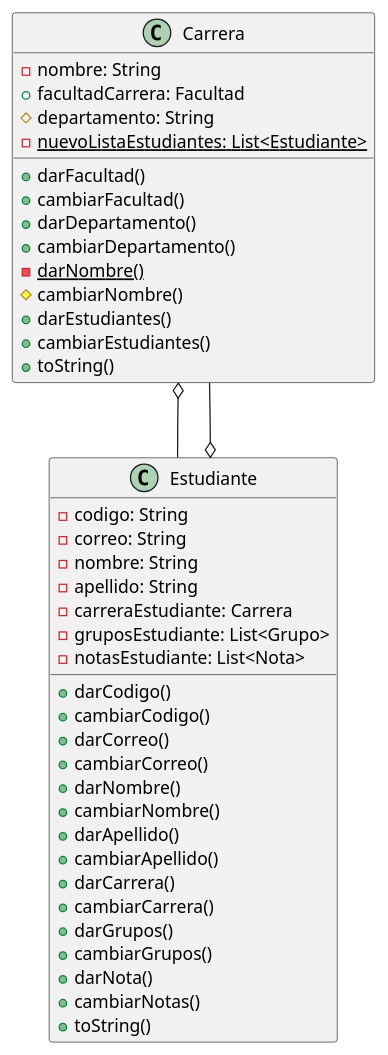
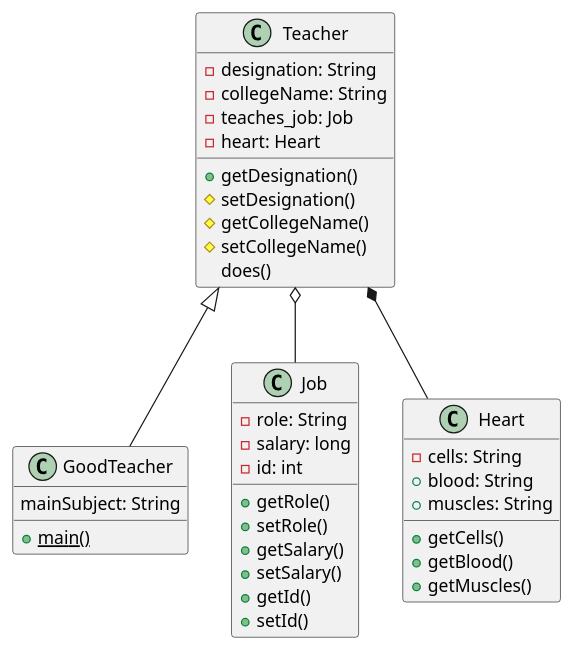
The diagram in Java-documentator/Documentation/Class_diagram.puml (afmoyar/Java-Documentator), drawn with PlantUML before and after one commit. The commit also changed 5 other files, not shown here.

```diff
--- a/Java-documentator/Documentation/Class_diagram.puml
+++ b/Java-documentator/Documentation/Class_diagram.puml
@@ -1,43 +1,39 @@
 @startuml
-class Carrera{
-	-nombre: String
-	+facultadCarrera: Facultad
-	#departamento: String
-	-{static}nuevoListaEstudiantes: List<Estudiante>
-	+darFacultad()
-	+cambiarFacultad()
-	+darDepartamento()
-	+cambiarDepartamento()
-	-{static}darNombre()
-	#cambiarNombre()
-	+darEstudiantes()
-	+cambiarEstudiantes()
-	+toString()
+class Teacher{
+	-designation: String
+	-collegeName: String
+	-teaches_job: Job
+	-heart: Heart
+	+getDesignation()
+	#setDesignation()
+	#getCollegeName()
+	#setCollegeName()
+	does()
 }
-class Estudiante{
-	-codigo: String
-	-correo: String
-	-nombre: String
-	-apellido: String
-	-carreraEstudiante: Carrera
-	-gruposEstudiante: List<Grupo>
-	-notasEstudiante: List<Nota>
-	+darCodigo()
-	+cambiarCodigo()
-	+darCorreo()
-	+cambiarCorreo()
-	+darNombre()
-	+cambiarNombre()
-	+darApellido()
-	+cambiarApellido()
-	+darCarrera()
-	+cambiarCarrera()
-	+darGrupos()
-	+cambiarGrupos()
-	+darNota()
-	+cambiarNotas()
-	+toString()
+class GoodTeacher{
+	mainSubject: String
+	+{static}main()
 }
-Carrera o-- Estudiante
-Estudiante o-- Carrera
+class Job{
+	-role: String
+	-salary: long
+	-id: int
+	+getRole()
+	+setRole()
+	+getSalary()
+	+setSalary()
+	+getId()
+	+setId()
+}
+class Heart{
+	-cells: String
+	+blood: String
+	+muscles: String
+	+getCells()
+	+getBlood()
+	+getMuscles()
+}
+Teacher <|-- GoodTeacher
+Teacher o-- Job
+Teacher *-- Heart
 @enduml
```
